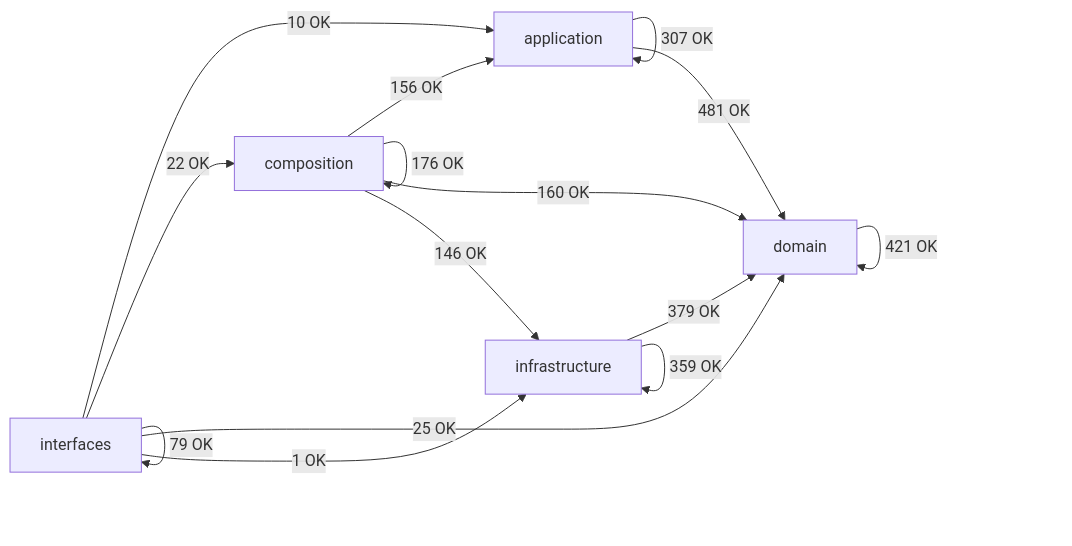
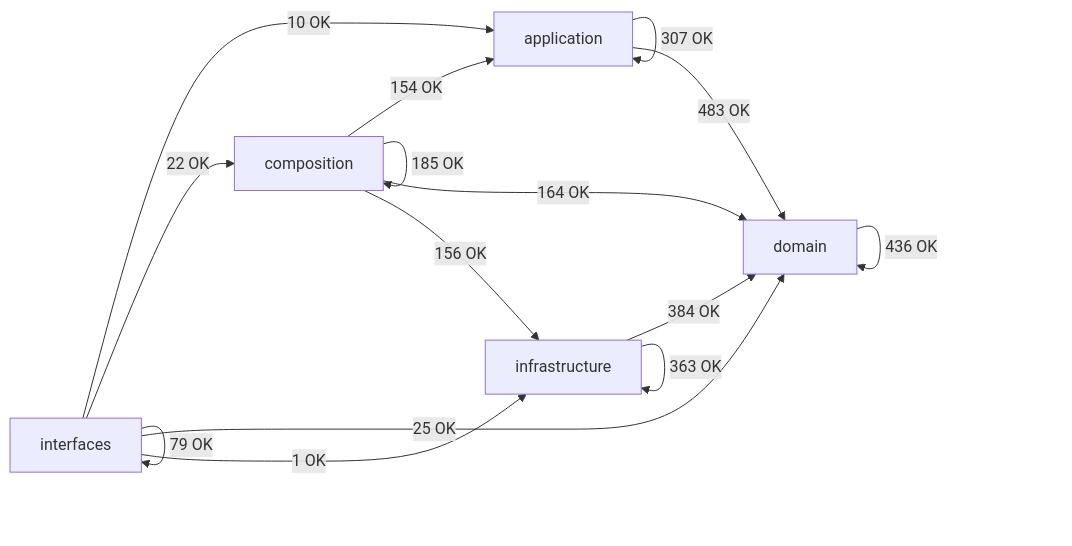
One commit to SatoryKono/BioactivityDataAcquisition changed the diagram in docs/02-architecture/generated/module-dependency-map.md. Above: the diagram before and after it, drawn with Mermaid. The commit also changed other lines of this file and 12 other files, not shown here.

````diff
--- a/docs/02-architecture/generated/module-dependency-map.md
+++ b/docs/02-architecture/generated/module-dependency-map.md
@@ -15,22 +15,22 @@
 ```mermaid
 flowchart LR
     domain[domain]
     application[application]
     infrastructure[infrastructure]
     composition[composition]
     interfaces[interfaces]
     application -->|307 OK| application
-    application -->|481 OK| domain
-    composition -->|156 OK| application
-    composition -->|176 OK| composition
-    composition -->|160 OK| domain
-    composition -->|146 OK| infrastructure
-    domain -->|421 OK| domain
-    infrastructure -->|379 OK| domain
-    infrastructure -->|359 OK| infrastructure
+    application -->|483 OK| domain
+    composition -->|154 OK| application
+    composition -->|185 OK| composition
+    composition -->|164 OK| domain
+    composition -->|156 OK| infrastructure
+    domain -->|436 OK| domain
+    infrastructure -->|384 OK| domain
+    infrastructure -->|363 OK| infrastructure
     interfaces -->|10 OK| application
     interfaces -->|22 OK| composition
     interfaces -->|25 OK| domain
     interfaces -->|1 OK| infrastructure
     interfaces -->|79 OK| interfaces
 ```
````
